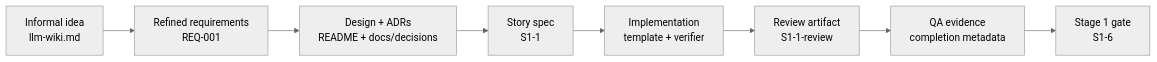
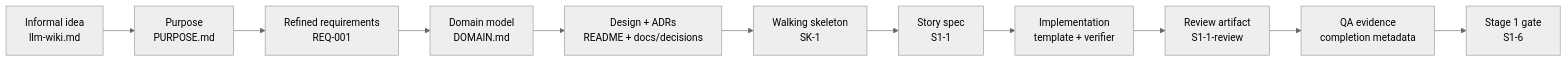
Before and after one commit to PhilipTeitel/Artifact-Driven-Development: the diagram in WORKFLOW-EXAMPLE.md, drawn with Mermaid (neutral theme). The commit also changed other lines of this file, not shown here.

Commit message:
Updated workflow example with purpose and model

````diff
--- a/WORKFLOW-EXAMPLE.md
+++ b/WORKFLOW-EXAMPLE.md
@@ -33,13 +33,17 @@
 ```mermaid
 flowchart LR
     raw["Informal idea<br/>llm-wiki.md"]
+    purpose["Purpose<br/>PURPOSE.md"]
     req["Refined requirements<br/>REQ-001"]
+    domain["Domain model<br/>DOMAIN.md"]
     design["Design + ADRs<br/>README + docs/decisions"]
+    skeleton["Walking skeleton<br/>SK-1"]
     story["Story spec<br/>S1-1"]
     implementation["Implementation<br/>template + verifier"]
     review["Review artifact<br/>S1-1-review"]
     qa["QA evidence<br/>completion metadata"]
     stageGate["Stage 1 gate<br/>S1-6"]
 
-    raw --> req --> design --> story --> implementation --> review --> qa --> stageGate
+    raw --> purpose --> req --> domain --> design --> skeleton --> story
+    story --> implementation --> review --> qa --> stageGate
 ```
````
